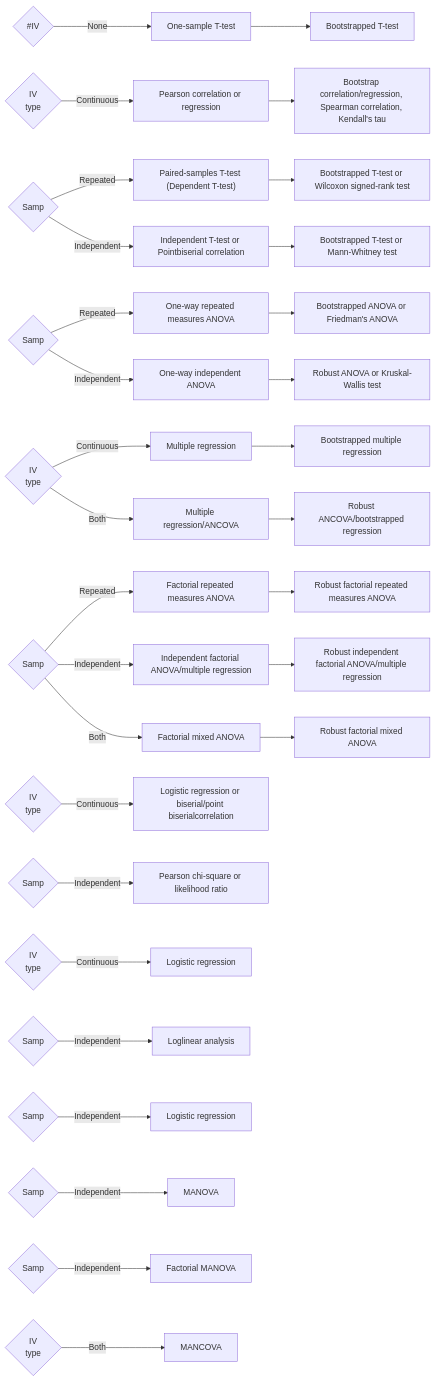
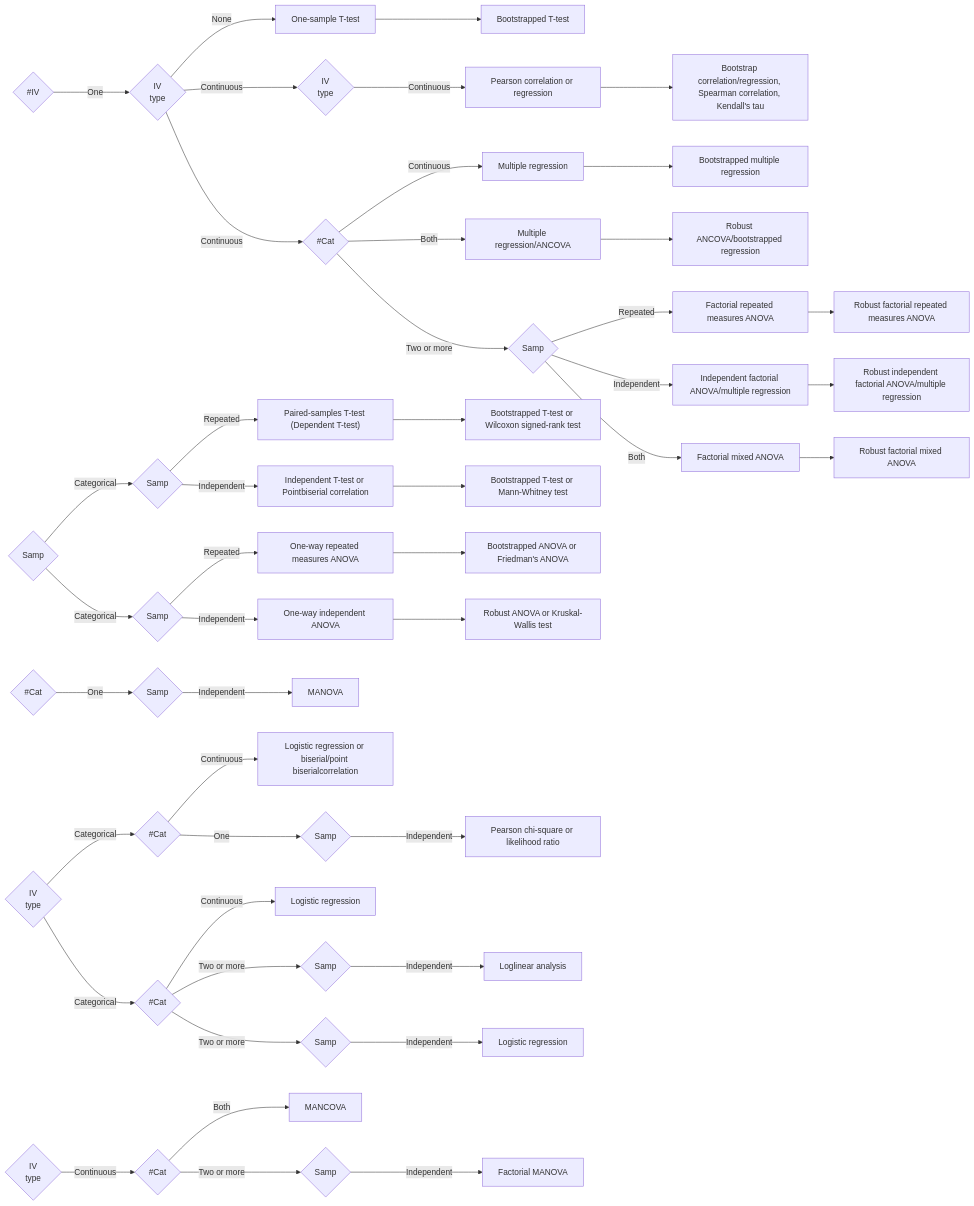
The diagram in outputBackwardPaired.mmd (ShKlinkenberg/statistical-test-selection), drawn with Mermaid before and after one commit. The commit also changed 1 other file, not shown here.

```diff
--- a/outputBackwardPaired.mmd
+++ b/outputBackwardPaired.mmd
@@ -1,39 +1,53 @@
 flowchart LR
 AABAAAAM["One-sample T-test"] --> AABAAAAME["Bootstrapped T-test"]
 AABBDAAR["Pearson correlation or regression"] --> AABBDAARB["Bootstrap correlation/regression, Spearman correlation, Kendall's tau"]
 AABBCCDP["Paired-samples T-test (Dependent T-test)"] --> AABBCCDPG["Bootstrapped T-test or Wilcoxon signed-rank test"]
 AABBCCCE["Independent T-test or Pointbiserial correlation"] --> AABBCCCEF["Bootstrapped T-test or Mann-Whitney test"]
 AABBCBDO["One-way repeated measures ANOVA"] --> AABBCBDOC["Bootstrapped ANOVA or Friedman's ANOVA"]
 AABBCBCN["One-way independent ANOVA"] --> AABBCBCNI["Robust ANOVA or Kruskal-Wallis test"]
 AABCDAAK["Multiple regression"] --> AABCDAAKD["Bootstrapped multiple regression"]
 AABCCADC["Factorial repeated measures ANOVA"] --> AABCCADCK["Robust factorial repeated measures ANOVA"]
 AABCCACD["Independent factorial ANOVA/multiple regression"] --> AABCCACDL["Robust independent factorial ANOVA/multiple regression"]
 AABCCABB["Factorial mixed ANOVA"] --> AABCCABBJ["Robust factorial mixed ANOVA"]
 AABCBAAL["Multiple regression/ANCOVA"] --> AABCBAALH["Robust ANCOVA/bootstrapped regression"]
 AAABDAAG["Logistic regression or biserial/point biserialcorrelation"]
 AAABCACQ["Pearson chi-square or likelihood ratio"]
 AAACDAAF["Logistic regression"]
 AAACCACH["Loglinear analysis"]
 AAACBACF["Logistic regression"]
 ABBBCACJ["MANOVA"]
 ABBCCACA["Factorial MANOVA"]
 ABBCBAAI["MANCOVA"]
 AAB{"#IV"} -->|"None"| AABAAAAM
 AABB{"IV<br>type"} -->|"Continuous"| AABBDAAR
 AABBCC{"Samp"} -->|"Repeated"| AABBCCDP
 AABBCC{"Samp"} -->|"Independent"| AABBCCCE
 AABBCB{"Samp"} -->|"Repeated"| AABBCBDO
 AABBCB{"Samp"} -->|"Independent"| AABBCBCN
 AABC{"IV<br>type"} -->|"Continuous"| AABCDAAK
 AABCC{"Samp"} -->|"Repeated"| AABCCADC
 AABCC{"Samp"} -->|"Independent"| AABCCACD
 AABCC{"Samp"} -->|"Both"| AABCCABB
 AABC{"IV<br>type"} -->|"Both"| AABCBAAL
 AAAB{"IV<br>type"} -->|"Continuous"| AAABDAAG
 AAABC{"Samp"} -->|"Independent"| AAABCACQ
 AAAC{"IV<br>type"} -->|"Continuous"| AAACDAAF
 AAACC{"Samp"} -->|"Independent"| AAACCACH
 AAACB{"Samp"} -->|"Independent"| AAACBACF
 ABBBC{"Samp"} -->|"Independent"| ABBBCACJ
 ABBCC{"Samp"} -->|"Independent"| ABBCCACA
 ABBC{"IV<br>type"} -->|"Both"| ABBCBAAI
+AA{"#IV"} -->|"One"| AAB
+AAB{"IV<br>type"} -->|"Continuous"| AABB
+AABBC{"Samp"} -->|"Categorical"| AABBCC
+AABBC{"Samp"} -->|"Categorical"| AABBCB
+AAB{"IV<br>type"} -->|"Continuous"| AABC
+AABC{"#Cat"} -->|"Two or more"| AABCC
+AAA{"IV<br>type"} -->|"Categorical"| AAAB
+AAAB{"#Cat"} -->|"One"| AAABC
+AAA{"IV<br>type"} -->|"Categorical"| AAAC
+AAAC{"#Cat"} -->|"Two or more"| AAACC
+AAAC{"#Cat"} -->|"Two or more"| AAACB
+ABBB{"#Cat"} -->|"One"| ABBBC
+ABBC{"#Cat"} -->|"Two or more"| ABBCC
+ABB{"IV<br>type"} -->|"Continuous"| ABBC
```
